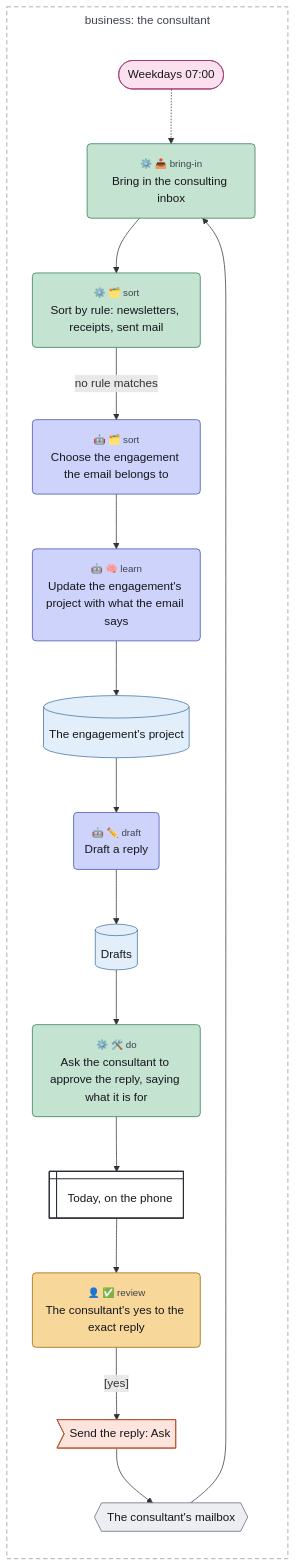
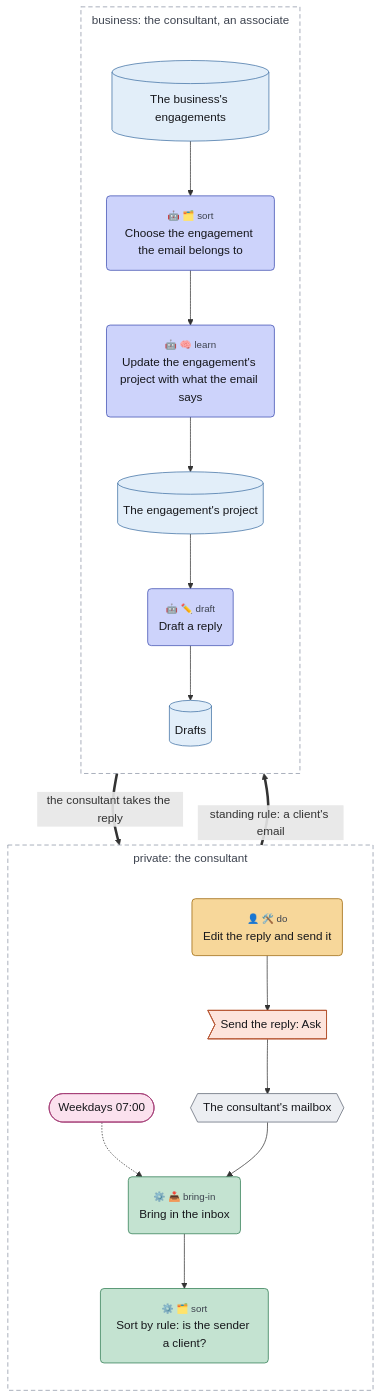
The diagram in examples/client-email.mmd (chrismdp/awml), drawn with Mermaid before and after one commit. The commit also changed 6 other files, not shown here.

First line of the commit message:
Draw the client's email as the blog post does

```diff
--- a/examples/client-email.mmd
+++ b/examples/client-email.mmd
@@ -1,59 +1,60 @@
 ---
 config:
   theme: default
   flowchart:
     useMaxWidth: false
     subGraphTitleMargin:
       top: 6
       bottom: 30
 ---
 flowchart TB
-  subgraph business["business: the consultant"]
+  subgraph private["private: the consultant"]
     direction TB
+    mailbox{{"The consultant's mailbox"}}
     weekdays(["Weekdays 07:00"])
-    mailbox{{"The consultant's mailbox"}}
-    bring("<small style='color:#3d434f'>⚙️ 📥 bring-in</small><br>Bring in the consulting inbox")
-    rules("<small style='color:#3d434f'>⚙️ 🗂️ sort</small><br>Sort by rule: newsletters, receipts, sent mail")
+    bring("<small style='color:#3d434f'>⚙️ 📥 bring-in</small><br>Bring in the inbox")
+    rules("<small style='color:#3d434f'>⚙️ 🗂️ sort</small><br>Sort by rule: is the sender a client?")
+    edit("<small style='color:#3d434f'>👤 🛠️ do</small><br>Edit the reply and send it")
+    send>"Send the reply: Ask"]
+  end
+  subgraph business["business: the consultant, an associate"]
+    direction TB
+    engagements[("The business's engagements")]
     choose("<small style='color:#3d434f'>🤖 🗂️ sort</small><br>Choose the engagement the email belongs to")
     learn("<small style='color:#3d434f'>🤖 🧠 learn</small><br>Update the engagement's project with what the email says")
     project[("The engagement's project")]
     draft("<small style='color:#3d434f'>🤖 ✏️ draft</small><br>Draft a reply")
     drafts[("Drafts")]
-    ask("<small style='color:#3d434f'>⚙️ 🛠️ do</small><br>Ask the consultant to approve the reply, saying what it is for")
-    today@{ shape: win-pane, label: "Today, on the phone" }
-    approve("<small style='color:#3d434f'>👤 ✅ review</small><br>The consultant's yes to the exact reply")
-    send>"Send the reply: Ask"]
   end
 
   weekdays -.-> bring
   mailbox --> bring
   bring --> rules
-  rules -->|"no rule matches"| choose
+  rules ==>|"standing rule: a client's email"| choose
+  engagements --> choose
   choose --> learn
   learn --> project
   project --> draft
   draft --> drafts
-  drafts --> ask
-  ask --> today
-  today --> approve
-  approve -->|"[yes]"| send
+  drafts ==>|"the consultant takes the reply"| edit
+  edit --> send
   send --> mailbox
   classDef trig fill:#fbe1ee,stroke:#a33a74,color:#16171b
   classDef ctx fill:#e2eef9,stroke:#3d6fa3,color:#16171b
   classDef con fill:#eceef2,stroke:#5d6472,color:#16171b
   classDef surf fill:#ffffff,stroke:#2a2d35,stroke-width:1.5px,color:#16171b
   classDef out fill:#fde4dc,stroke:#b5532f,color:#16171b
   classDef ai fill:#cdd3fb,stroke:#3b4bb0,color:#16171b
   classDef code fill:#c4e3d1,stroke:#2b7a4f,color:#16171b
   classDef person fill:#f7d79a,stroke:#9a6100,color:#16171b
   classDef uml fill:#16171b,stroke:#16171b,color:#16171b
   classDef gap fill:#ffffff,stroke:#8a93a3,stroke-dasharray:4 3,color:#6b7280
   class weekdays trig
-  class project,drafts ctx
+  class engagements,project,drafts ctx
   class mailbox con
-  class today surf
   class send out
   class choose,learn,draft ai
-  class bring,rules,ask code
-  class approve person
+  class bring,rules code
+  class edit person
+  style private fill:transparent,stroke:#8a93a3,stroke-dasharray:6 4,color:#3d434f
   style business fill:transparent,stroke:#8a93a3,stroke-dasharray:6 4,color:#3d434f
```
